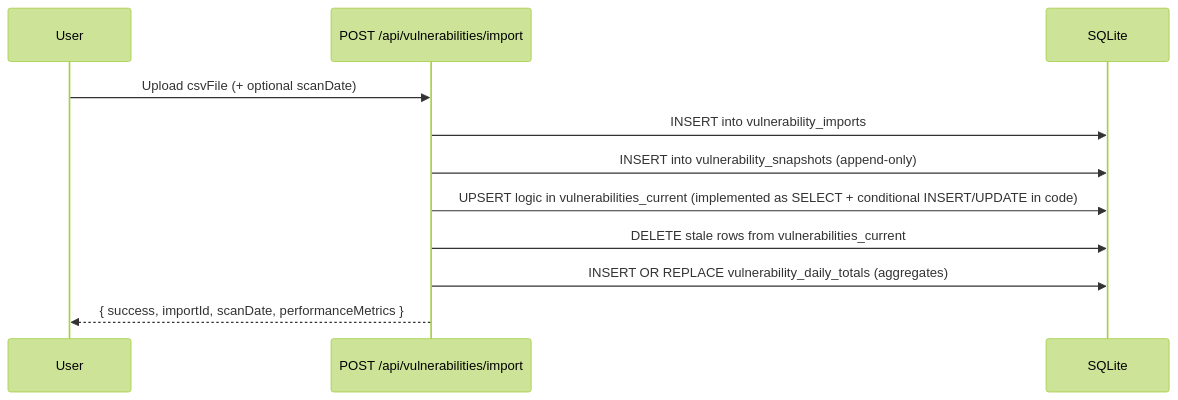
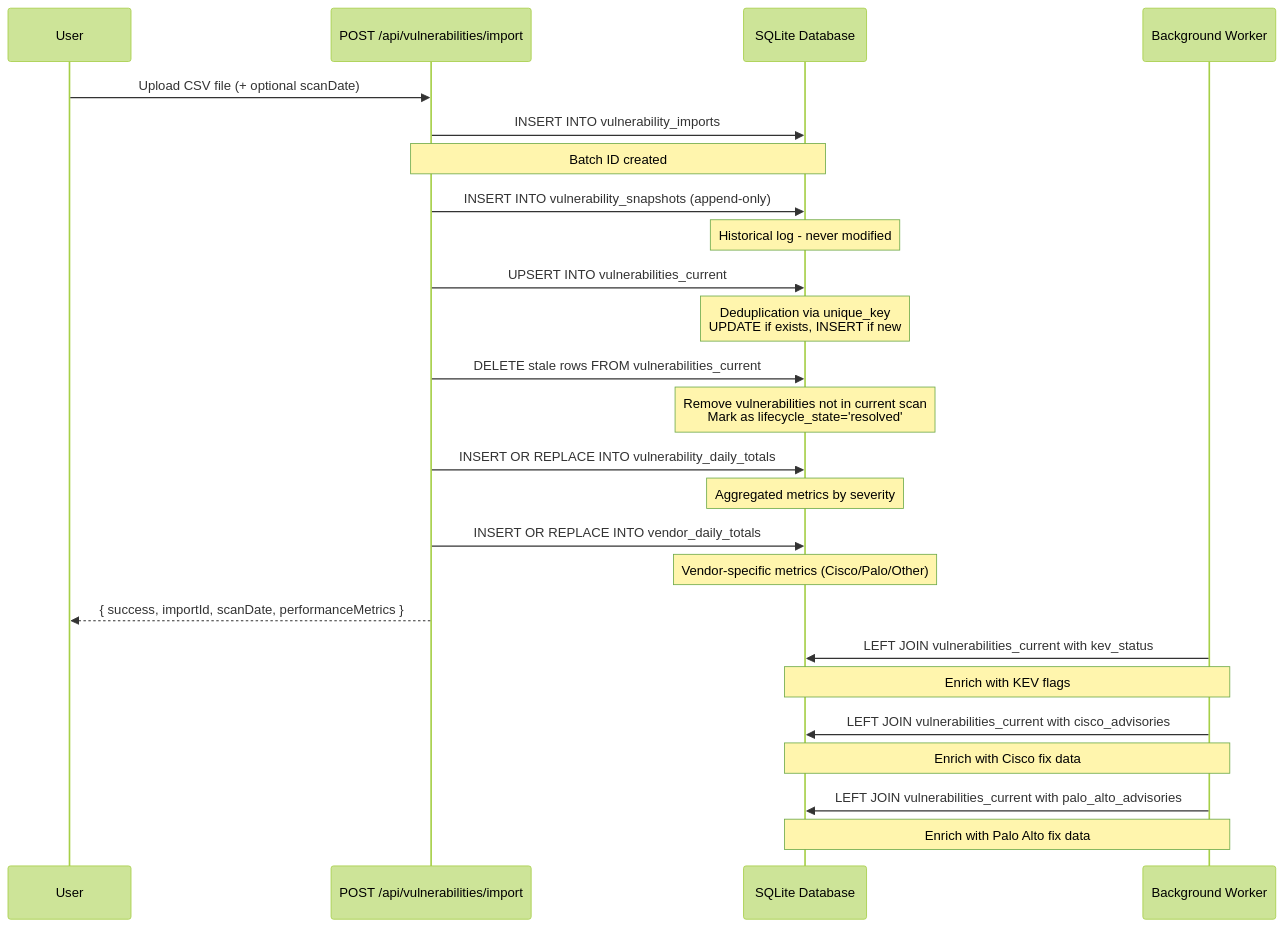
One commit to lbruton/HexTrackr changed the second of 6 diagrams in app/public/docs-source/architecture/database.md. Above: the diagram before and after it, drawn with Mermaid (forest theme). The commit also changed other lines of this file and 17 other files, not shown here.

First line of the commit message:
docs(DOCS-54): Add interactive ERD viewer with theme support

````diff
--- a/app/public/docs-source/architecture/database.md
+++ b/app/public/docs-source/architecture/database.md
@@ -155,14 +924,37 @@
 ```mermaid
 sequenceDiagram
     participant User
     participant API as POST /api/vulnerabilities/import
-    participant DB as SQLite
+    participant DB as SQLite Database
+    participant Worker as Background Worker
 
-    User->>API: Upload csvFile (+ optional scanDate)
-    API->>DB: INSERT into vulnerability_imports
-    API->>DB: INSERT into vulnerability_snapshots (append-only)
-    API->>DB: UPSERT logic in vulnerabilities_current (implemented as SELECT + conditional INSERT/UPDATE in code)
-    API->>DB: DELETE stale rows from vulnerabilities_current
-    API->>DB: INSERT OR REPLACE vulnerability_daily_totals (aggregates)
+    User->>API: Upload CSV file (+ optional scanDate)
+    API->>DB: INSERT INTO vulnerability_imports
+    Note over API,DB: Batch ID created
+
+    API->>DB: INSERT INTO vulnerability_snapshots (append-only)
+    Note over DB: Historical log - never modified
+
+    API->>DB: UPSERT INTO vulnerabilities_current
+    Note over DB: Deduplication via unique_key<br/>UPDATE if exists, INSERT if new
+
+    API->>DB: DELETE stale rows FROM vulnerabilities_current
+    Note over DB: Remove vulnerabilities not in current scan<br/>Mark as lifecycle_state='resolved'
+
+    API->>DB: INSERT OR REPLACE INTO vulnerability_daily_totals
+    Note over DB: Aggregated metrics by severity
+
+    API->>DB: INSERT OR REPLACE INTO vendor_daily_totals
+    Note over DB: Vendor-specific metrics (Cisco/Palo/Other)
+
     API-->>User: { success, importId, scanDate, performanceMetrics }
+
+    Worker->>DB: LEFT JOIN vulnerabilities_current with kev_status
+    Note over Worker,DB: Enrich with KEV flags
+
+    Worker->>DB: LEFT JOIN vulnerabilities_current with cisco_advisories
+    Note over Worker,DB: Enrich with Cisco fix data
+
+    Worker->>DB: LEFT JOIN vulnerabilities_current with palo_alto_advisories
+    Note over Worker,DB: Enrich with Palo Alto fix data
 ```
````
